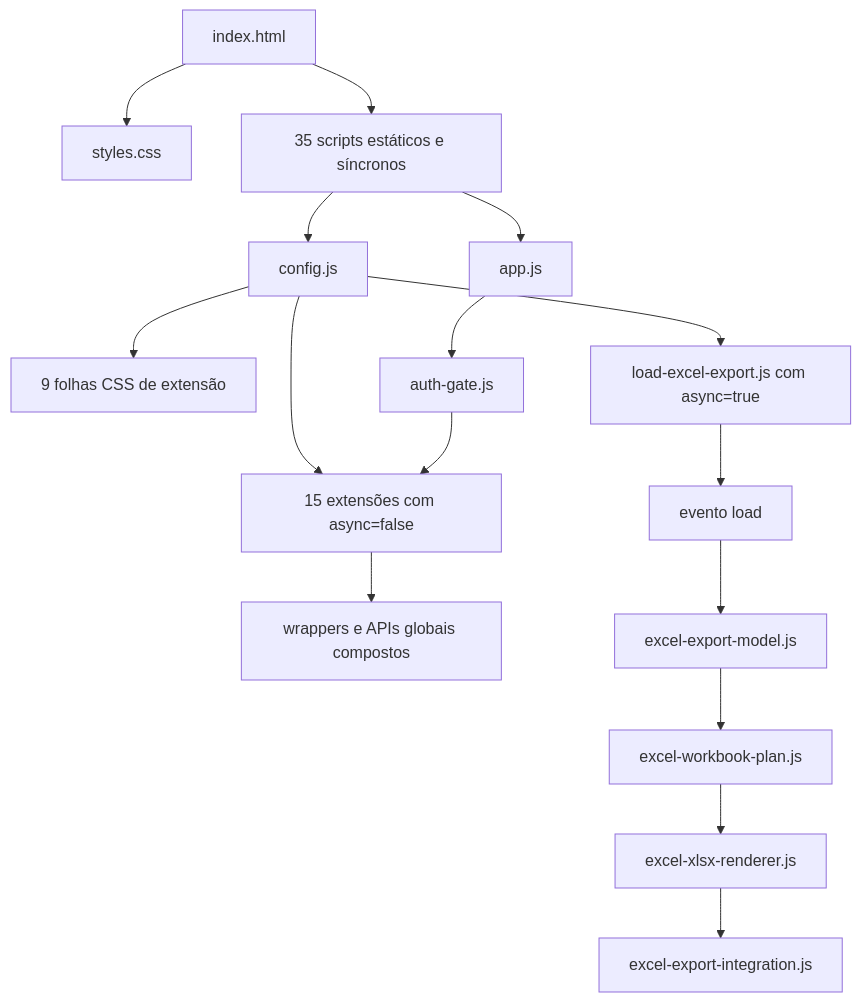
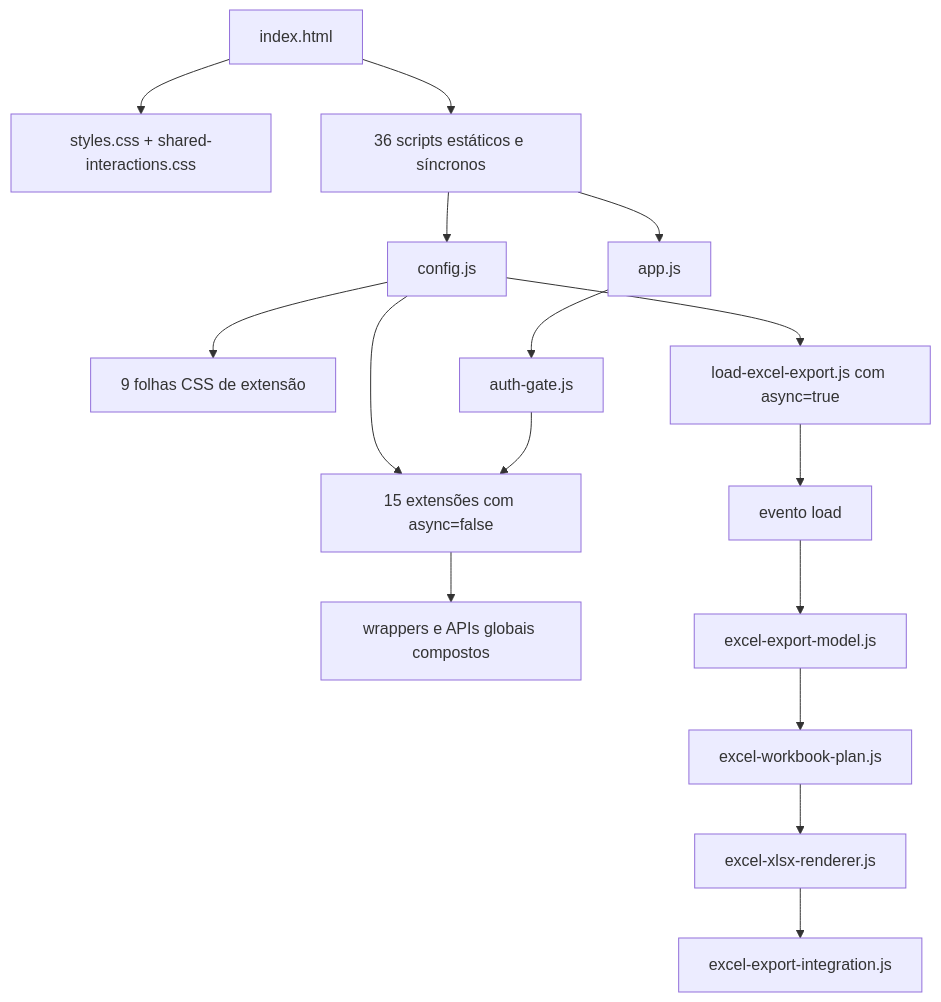
Before and after one commit to WilsonMPeixoto-2/RADARPDDE: the diagram in docs/architecture/frontend-load-order.md, drawn with Mermaid. The commit also changed other lines of this file and 19 other files, not shown here.

````diff
--- a/docs/architecture/frontend-load-order.md
+++ b/docs/architecture/frontend-load-order.md
@@ -16,18 +16,18 @@
 ```mermaid
 flowchart TD
-    HTML["index.html"] --> CSS0["styles.css"]
-    HTML --> STATIC["35 scripts estáticos e síncronos"]
+    HTML["index.html"] --> CSS0["styles.css + shared-interactions.css"]
+    HTML --> STATIC["36 scripts estáticos e síncronos"]
     STATIC --> CONFIG["config.js"]
     CONFIG --> CSSX["9 folhas CSS de extensão"]
     CONFIG --> ORDERED["15 extensões com async=false"]
     CONFIG --> ASYNC["load-excel-export.js com async=true"]
     STATIC --> APP["app.js"]
     APP --> AUTH["auth-gate.js"]
     AUTH --> ORDERED
     ORDERED --> WRAPPERS["wrappers e APIs globais compostos"]
     ASYNC --> LOAD["evento load"]
     LOAD --> EXCEL1["excel-export-model.js"]
     EXCEL1 --> EXCEL2["excel-workbook-plan.js"]
     EXCEL2 --> EXCEL3["excel-xlsx-renderer.js"]
     EXCEL3 --> EXCEL4["excel-export-integration.js"]
 ```
````
